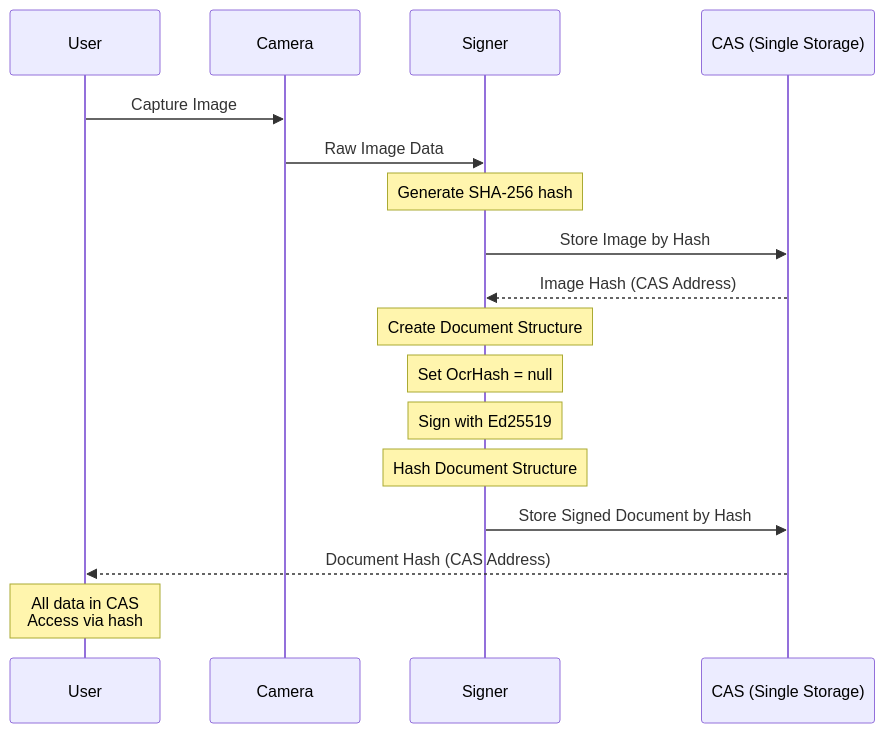
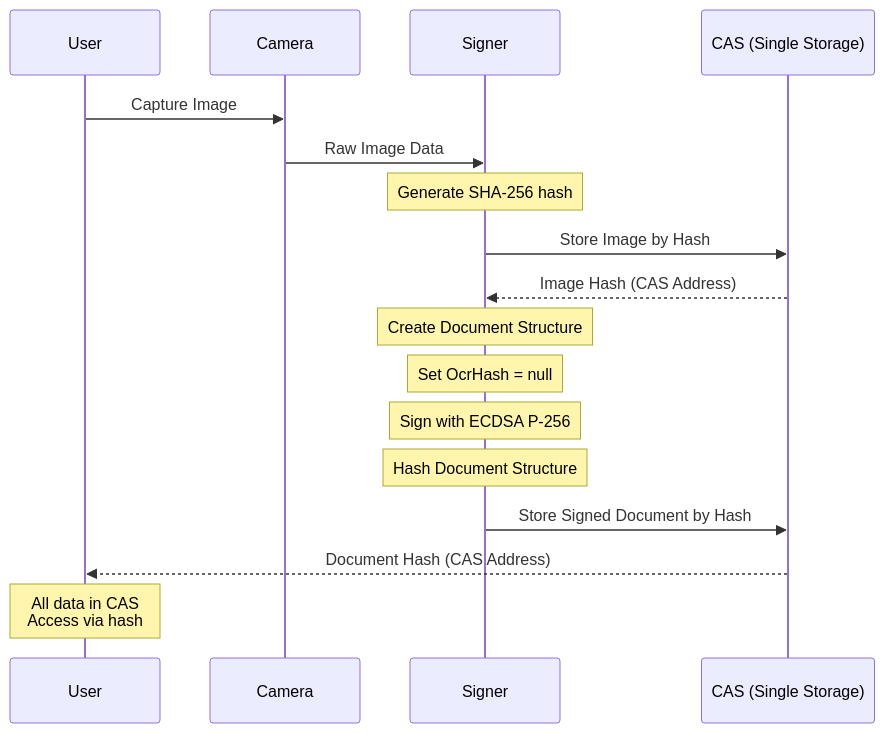
Before and after one commit to o2alexanderfedin/Nolock.social.frontends: the sixth of 24 diagrams in docs/architecture/features/document-scanner/ocr-scanner-architecture.md, drawn with Mermaid. The commit also changed other lines of this file, not shown here.

First line of the commit message:
docs(architecture): improve OCR scanner architecture with async patterns

````diff
--- a/docs/architecture/features/document-scanner/ocr-scanner-architecture.md
+++ b/docs/architecture/features/document-scanner/ocr-scanner-architecture.md
@@ -367,24 +443,24 @@
 ```mermaid
 sequenceDiagram
     participant User
     participant Camera
     participant Signer
     participant CAS as CAS (Single Storage)
     
     User->>Camera: Capture Image
     Camera->>Signer: Raw Image Data
     
     Note over Signer: Generate SHA-256 hash
     Signer->>CAS: Store Image by Hash
     CAS-->>Signer: Image Hash (CAS Address)
     
     Note over Signer: Create Document Structure
     Note over Signer: Set OcrHash = null
-    Note over Signer: Sign with Ed25519
+    Note over Signer: Sign with ECDSA P-256
     Note over Signer: Hash Document Structure
     
     Signer->>CAS: Store Signed Document by Hash
     CAS-->>User: Document Hash (CAS Address)
     
     Note over User: All data in CAS<br/>Access via hash
 ```
````
